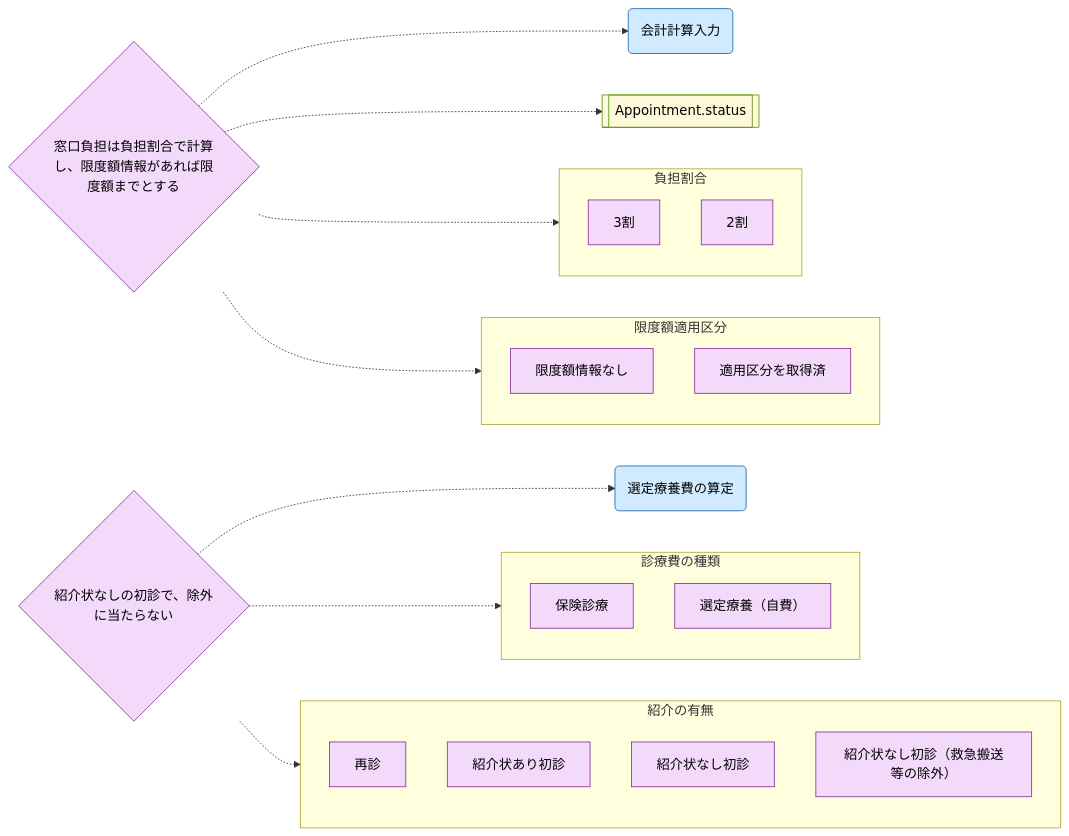
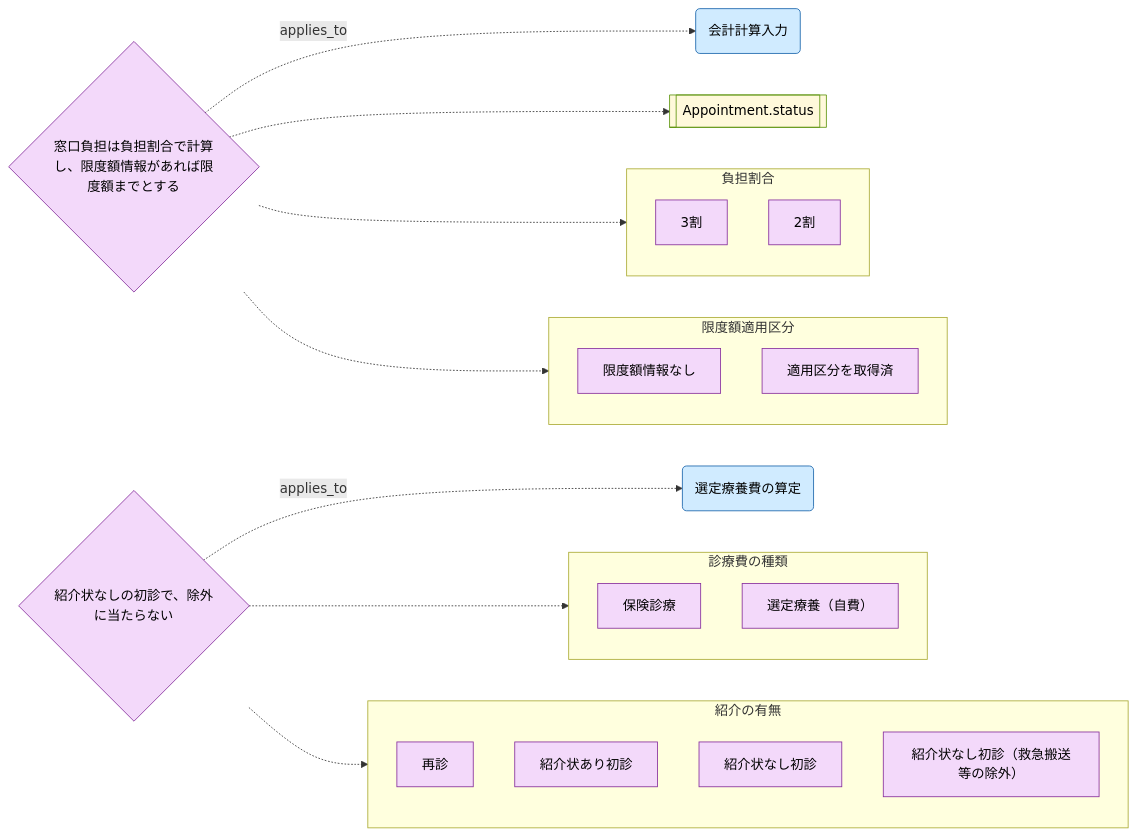
One commit to manji-0/rdra-ish-dsl changed the seventh of 11 diagrams in docs/diagram-sample-review.md. Above: the diagram before and after it, drawn with Mermaid. The commit also changed 29 other files, not shown here.

````diff
--- a/docs/diagram-sample-review.md
+++ b/docs/diagram-sample-review.md
@@ -483,46 +483,46 @@
 ```mermaid
 %% rdra-ish diagram=condition scope=buc:BucVisitPayment model=samples/clinic-ops
 %% kinds: condition statemodel variation value usecase
 %% omitted: (none)
 flowchart LR
   condition__CopayCappedAtLimit{"窓口負担は負担割合で計算し、限度額情報があれば限度額までとする"}:::condition
   condition__UnreferredFirstVisit{"紹介状なしの初診で、除外に当たらない"}:::condition
   %% holds condition__UnreferredFirstVisit: Charge.kind == 選定療養（自費）, Appointment.referral == 紹介状なし初診
   statemodel__Appointment_status[["Appointment.status"]]:::statemodel
   subgraph variation__BurdenRatio["負担割合"]
     variation__BurdenRatio__thirty["3割"]:::value
     variation__BurdenRatio__twenty["2割"]:::value
   end
   subgraph variation__ChargeKind["診療費の種類"]
     variation__ChargeKind__insured["保険診療"]:::value
     variation__ChargeKind__selectedtreatment["選定療養（自費）"]:::value
   end
   subgraph variation__LimitCategory["限度額適用区分"]
     variation__LimitCategory__notobtained["限度額情報なし"]:::value
     variation__LimitCategory__obtained["適用区分を取得済"]:::value
   end
   subgraph variation__ReferralCategory["紹介の有無"]
     variation__ReferralCategory__revisit["再診"]:::value
     variation__ReferralCategory__referred["紹介状あり初診"]:::value
     variation__ReferralCategory__unreferred["紹介状なし初診"]:::value
     variation__ReferralCategory__exempt["紹介状なし初診（救急搬送等の除外）"]:::value
   end
   usecase__ApplySelectedTreatmentFee("選定療養費の算定"):::usecase
   %% desc usecase__ApplySelectedTreatmentFee: 紹介状なし初診だけに選定療養費の Charge を作る。
   usecase__CalculateVisitBill("会計計算入力"):::usecase
   %% desc usecase__CalculateVisitBill: 会計計算入力で予約を会計待ちにする。
-  condition__CopayCappedAtLimit -.-> usecase__CalculateVisitBill
+  condition__CopayCappedAtLimit -.->|applies_to| usecase__CalculateVisitBill
   condition__CopayCappedAtLimit -.-> statemodel__Appointment_status
   condition__CopayCappedAtLimit -.-> variation__BurdenRatio
   condition__CopayCappedAtLimit -.-> variation__LimitCategory
-  condition__UnreferredFirstVisit -.-> usecase__ApplySelectedTreatmentFee
+  condition__UnreferredFirstVisit -.->|applies_to| usecase__ApplySelectedTreatmentFee
   condition__UnreferredFirstVisit -.-> variation__ChargeKind
   %% derived condition__UnreferredFirstVisit -> variation__ChargeKind from holds
   condition__UnreferredFirstVisit -.-> variation__ReferralCategory
   %% derived condition__UnreferredFirstVisit -> variation__ReferralCategory from holds
   classDef condition fill:#f3d9fa,stroke:#862e9c,color:#000;
   classDef statemodel fill:#fff9db,stroke:#5c940d,color:#000;
   classDef variation fill:#f3d9fa,stroke:#862e9c,color:#000;
   classDef value fill:#f3d9fa,stroke:#862e9c,color:#000;
   classDef usecase fill:#d0ebff,stroke:#1864ab,color:#000;
 ```
````
